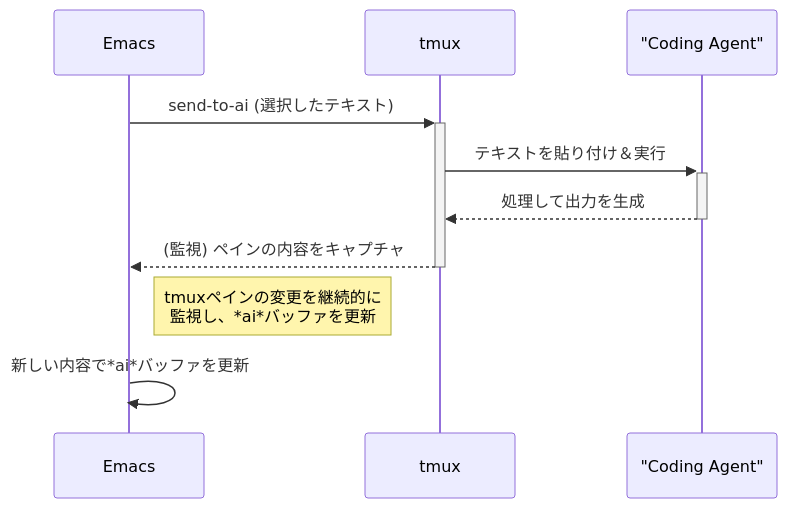
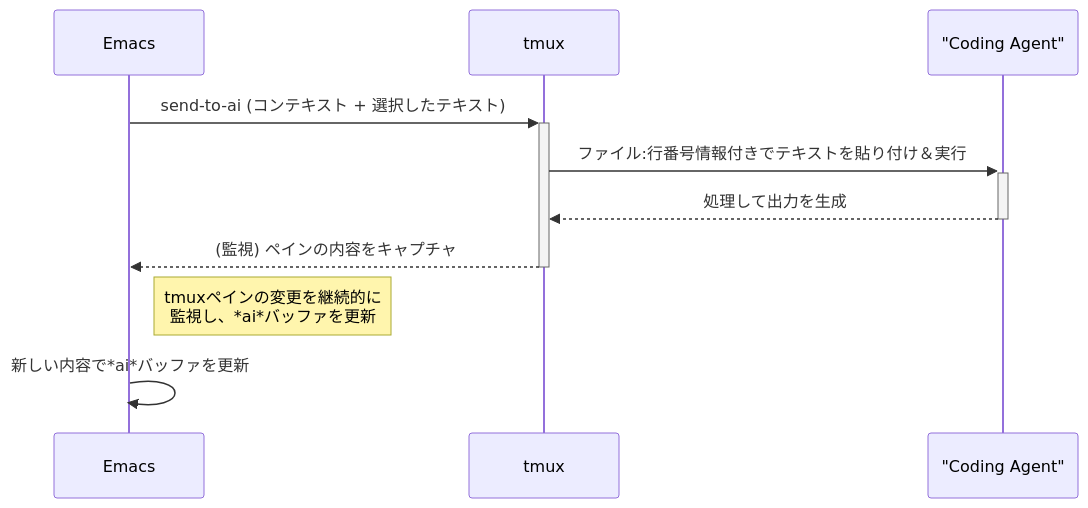
One commit to kiyoka/emacs-ai-agent-bridge changed the diagram in README.ja.md. Above: the diagram before and after it, drawn with Mermaid. The commit also changed other lines of this file, not shown here.

````diff
--- a/README.ja.md
+++ b/README.ja.md
@@ -125,13 +163,13 @@
 ```mermaid
 sequenceDiagram
     participant Emacs
     participant tmux
     participant "Coding Agent"
 
-    Emacs->>+tmux: send-to-ai (選択したテキスト)
-    tmux->>+"Coding Agent": テキストを貼り付け＆実行
+    Emacs->>+tmux: send-to-ai (コンテキスト + 選択したテキスト)
+    tmux->>+"Coding Agent": ファイル:行番号情報付きでテキストを貼り付け＆実行
     "Coding Agent"-->>-tmux: 処理して出力を生成
     tmux-->>-Emacs: (監視) ペインの内容をキャプチャ
     Note right of Emacs: tmuxペインの変更を継続的に<br/>監視し、*ai*バッファを更新
     Emacs->>Emacs: 新しい内容で*ai*バッファを更新
 ```
````
